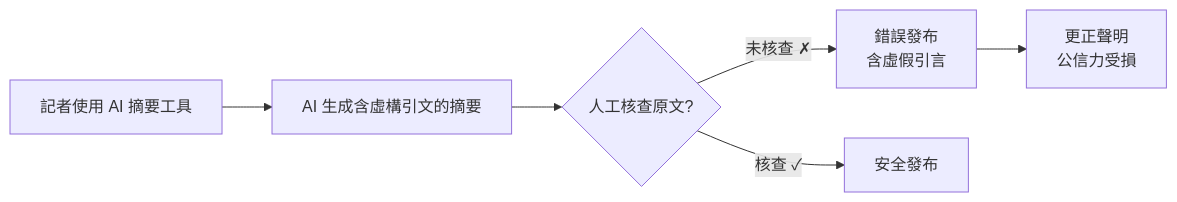
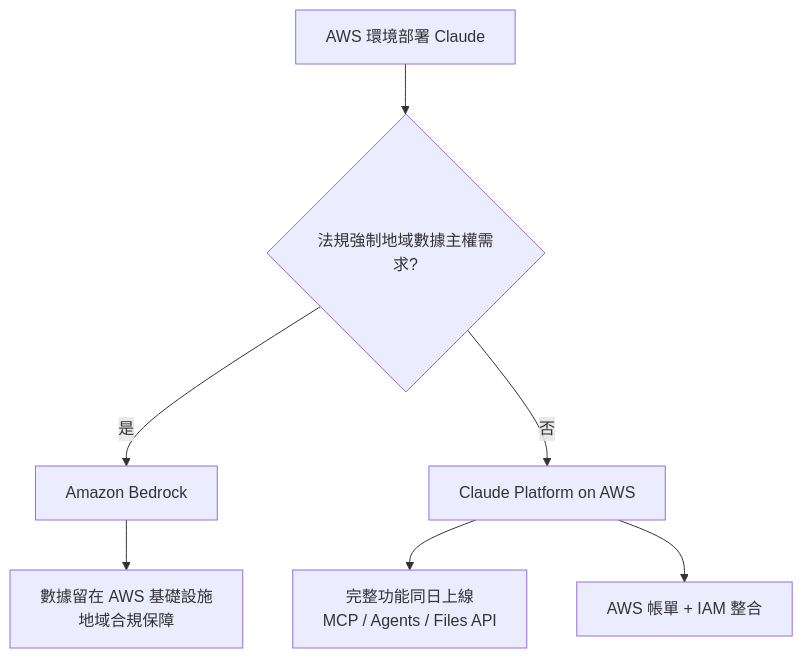
The second of 2 diagrams in 20-daily/2026-05-11.md (nick-xrex/ai-daily-content), drawn with Mermaid before and after one commit. The commit also changed other lines of this file and 243 other files, not shown here.

````diff
--- a/20-daily/2026-05-11.md
+++ b/20-daily/2026-05-11.md
@@ -47,8 +51,9 @@
 ```mermaid
-flowchart LR
-    A[記者使用 AI 摘要工具] --> B[AI 生成含虛構引文的摘要]
-    B --> C{人工核查原文?}
-    C -->|未核查 ✗| D[錯誤發布\n含虛假引言]
-    C -->|核查 ✓| E[安全發布]
-    D --> F[更正聲明\n公信力受損]
+flowchart TD
+    A[AWS 環境部署 Claude] --> B{法規強制地域數據主權需求?}
+    B -->|是| C[Amazon Bedrock]
+    B -->|否| D[Claude Platform on AWS]
+    C --> E[數據留在 AWS 基礎設施\n地域合規保障]
+    D --> F[完整功能同日上線\nMCP / Agents / Files API]
+    D --> G[AWS 帳單 + IAM 整合]
 ```
````
